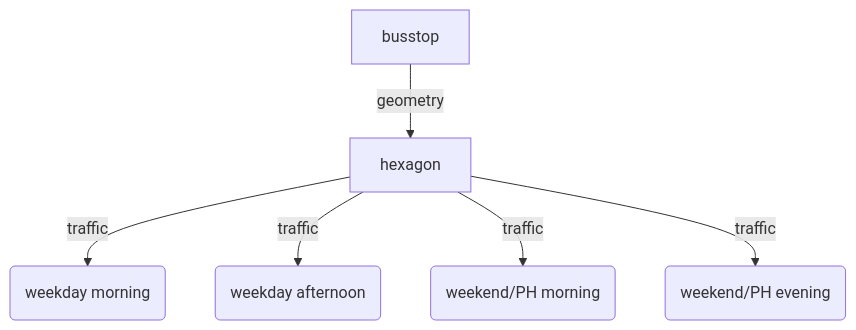
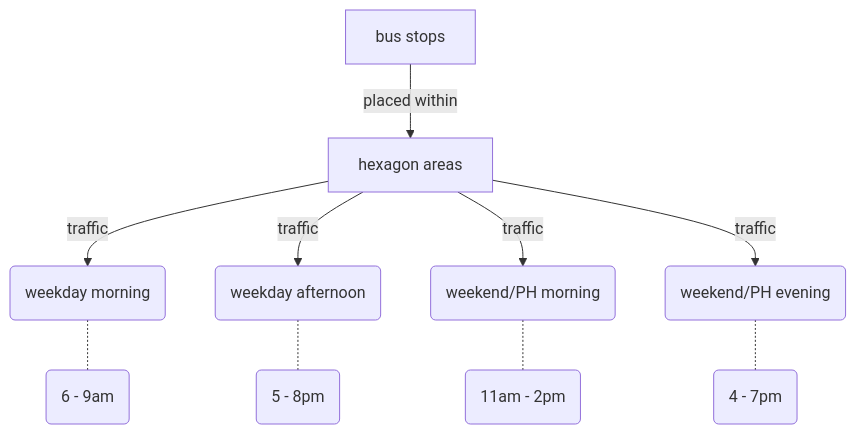
One commit to haileycsy/ISSS624-AGA changed the diagram in Take-home_Ex/the1/Take-home_ex1.qmd. Above: the diagram before and after it, drawn with Mermaid. The commit also changed other lines of this file and 99 other files, not shown here.

````diff
--- a/Take-home_Ex/the1/Take-home_ex1.qmd
+++ b/Take-home_Ex/the1/Take-home_ex1.qmd
@@ -391,8 +195,8 @@
 ```{mermaid}
-%%| fig-width: 6
+%%| fig-width: 8
 flowchart TD
-A[busstop] -->|geometry| B[hexagon] -->|traffic| C(weekday morning)
-B -->|traffic| D(weekday afternoon)
-B -->|traffic| E(weekend/PH morning)
-B -->|traffic| F(weekend/PH evening)
+A[bus stops] -->|placed within| B[hexagon areas] -->|traffic| C(weekday morning) -.- G(6 - 9am)
+B -->|traffic| D(weekday afternoon) -.- H(5 - 8pm)
+B -->|traffic| E(weekend/PH morning) -.- I(11am - 2pm)
+B -->|traffic| F(weekend/PH evening) -.- J(4 - 7pm)
 ```
````
